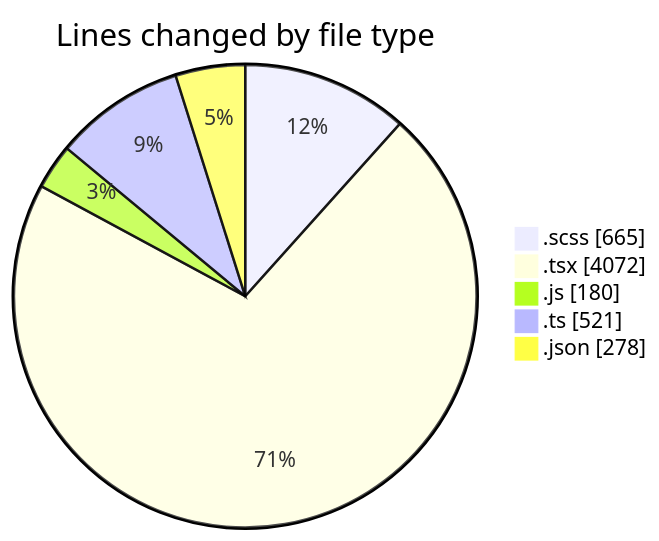
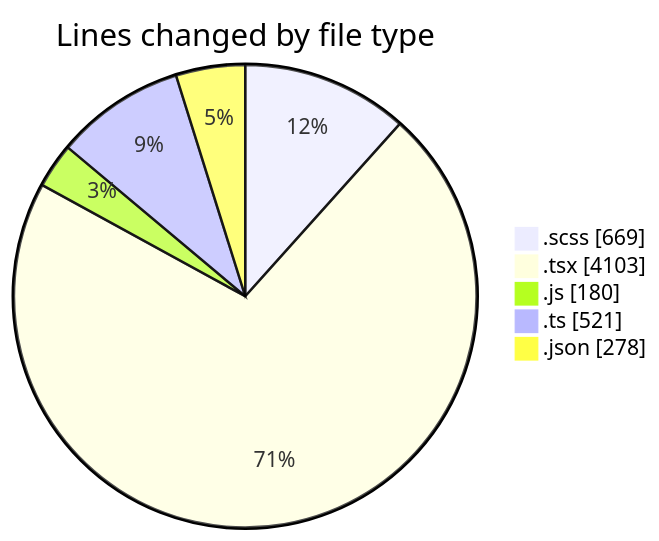
The first of 2 diagrams in 2026-08-10/cda/README.md (momahboobian/code-tracking), drawn with Mermaid before and after one commit. The commit also changed other lines of this file and 1 other file, not shown here.

````diff
--- a/2026-08-10/cda/README.md
+++ b/2026-08-10/cda/README.md
@@ -32,9 +32,9 @@
 ```mermaid
 pie showData
 title Lines changed by file type
-".scss" : 665
-".tsx" : 4072
+".scss" : 669
+".tsx" : 4103
 ".js" : 180
 ".ts" : 521
 ".json" : 278
 ```
````
